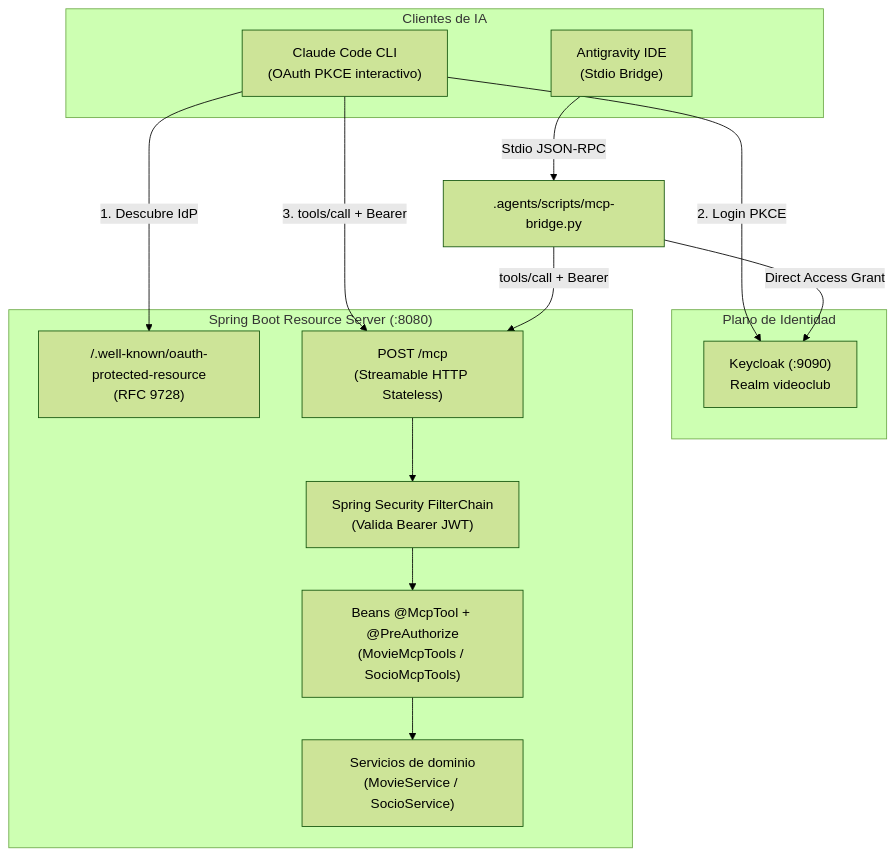
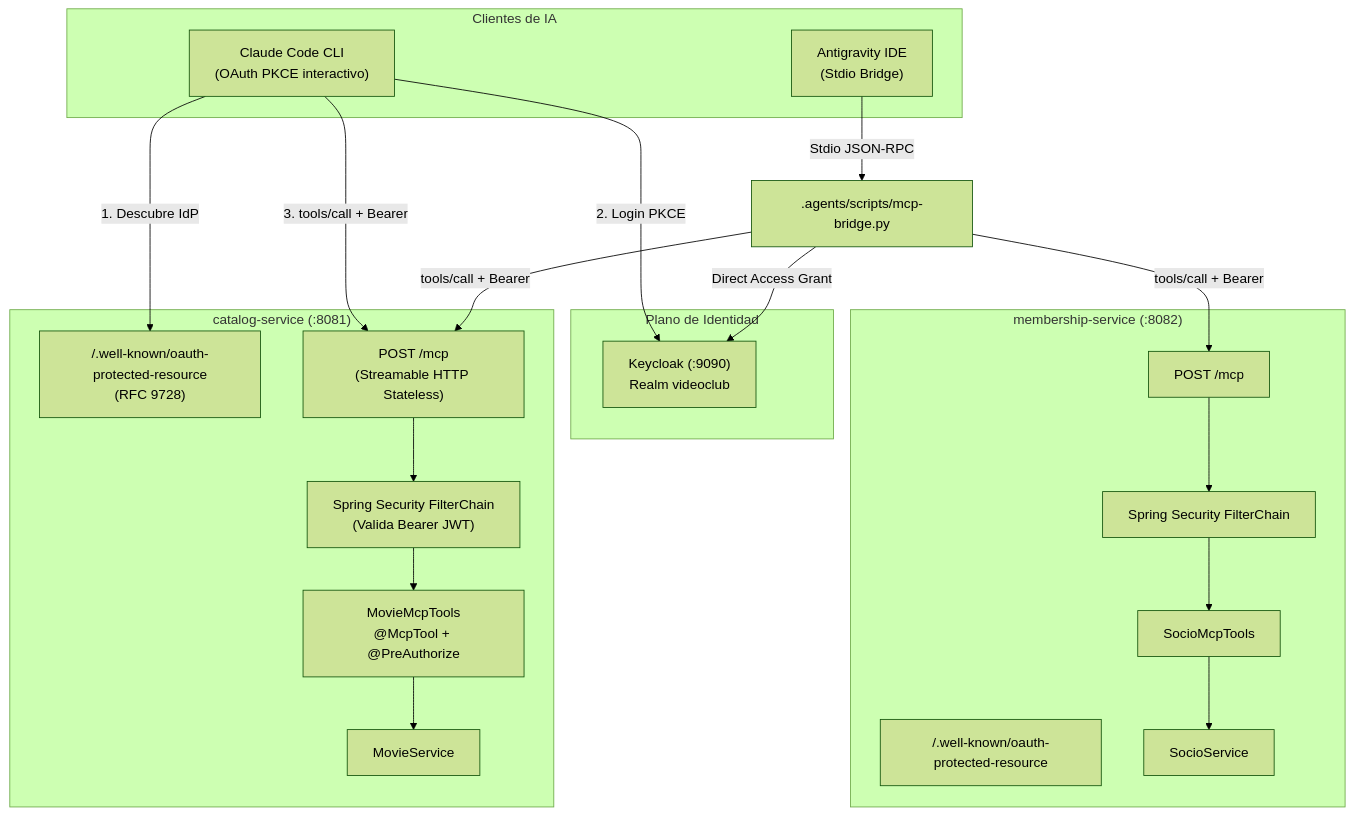
The first of 3 diagrams in docs/mcp-server.md (hmunoz/springboot-sso), drawn with Mermaid (forest theme) before and after one commit. The commit also changed other lines of this file and 7 other files, not shown here.

Commit message:
docs: update Keycloak realm configuration and documentation for dual-service architecture

````diff
--- a/docs/mcp-server.md
+++ b/docs/mcp-server.md
@@ -11,29 +21,39 @@
 ```mermaid
 flowchart TD
     subgraph Clientes ["Clientes de IA"]
         CC["Claude Code CLI<br/>(OAuth PKCE interactivo)"]
         AG["Antigravity IDE<br/>(Stdio Bridge)"]
     end
 
     subgraph Auth ["Plano de Identidad"]
         KC["Keycloak (:9090)<br/>Realm videoclub"]
     end
 
-    subgraph Server ["Spring Boot Resource Server (:8080)"]
+    subgraph Cat ["catalog-service (:8081)"]
         DISC["/.well-known/oauth-protected-resource<br/>(RFC 9728)"]
         EP["POST /mcp<br/>(Streamable HTTP Stateless)"]
         SEC["Spring Security FilterChain<br/>(Valida Bearer JWT)"]
-        TOOLS["Beans @McpTool + @PreAuthorize<br/>(MovieMcpTools / SocioMcpTools)"]
-        SVC["Servicios de dominio<br/>(MovieService / SocioService)"]
+        TOOLS["MovieMcpTools<br/>@McpTool + @PreAuthorize"]
+        SVC["MovieService"]
+    end
+
+    subgraph Mem ["membership-service (:8082)"]
+        DISC2["/.well-known/oauth-protected-resource"]
+        EP2["POST /mcp"]
+        SEC2["Spring Security FilterChain"]
+        TOOLS2["SocioMcpTools"]
+        SVC2["SocioService"]
     end
 
     CC -->|1. Descubre IdP| DISC
     CC -->|2. Login PKCE| KC
     CC -->|3. tools/call + Bearer| EP
 
     AG -->|Stdio JSON-RPC| BRIDGE[".agents/scripts/mcp-bridge.py"]
     BRIDGE -->|Direct Access Grant| KC
     BRIDGE -->|tools/call + Bearer| EP
+    BRIDGE -->|tools/call + Bearer| EP2
 
     EP --> SEC --> TOOLS --> SVC
+    EP2 --> SEC2 --> TOOLS2 --> SVC2
 ```
````
